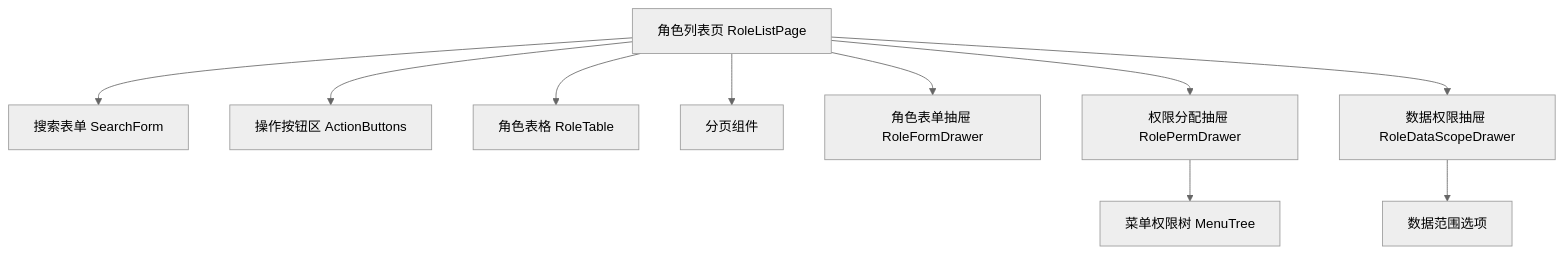
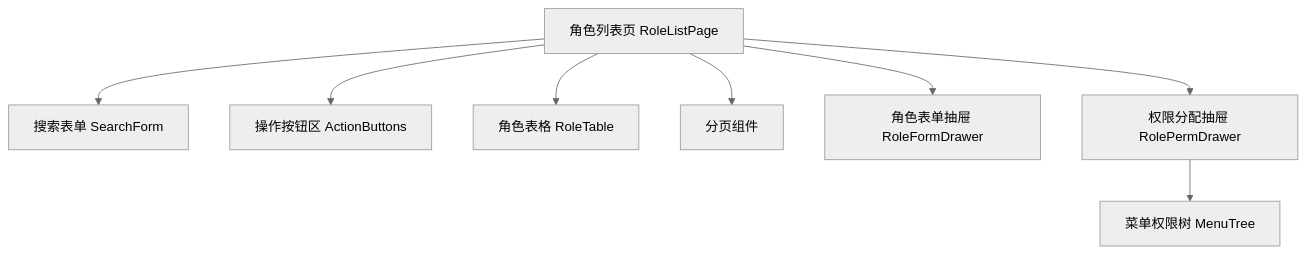
Before and after one commit to earthy-zinc/dehaze-system: the diagram in dehaze-doc/docs/03-模块设计/基础模块/角色管理/前端实现.md, drawn with Mermaid (neutral theme). The commit also changed other lines of this file and 2348 other files, not shown here.

````diff
--- a/dehaze-doc/docs/03-模块设计/基础模块/角色管理/前端实现.md
+++ b/dehaze-doc/docs/03-模块设计/基础模块/角色管理/前端实现.md
@@ -9,15 +9,13 @@
 ```mermaid
 flowchart TD
     RoleListPage[角色列表页 RoleListPage]
     RoleListPage --> SearchForm[搜索表单 SearchForm]
     RoleListPage --> ActionButtons[操作按钮区 ActionButtons]
     RoleListPage --> RoleTable[角色表格 RoleTable]
     RoleListPage --> Pagination[分页组件]
 
     RoleListPage --> RoleFormDrawer[角色表单抽屉 RoleFormDrawer]
     RoleListPage --> RolePermDrawer[权限分配抽屉 RolePermDrawer]
-    RoleListPage --> RoleDataScopeDrawer[数据权限抽屉 RoleDataScopeDrawer]
 
     RolePermDrawer --> MenuTree[菜单权限树 MenuTree]
-    RoleDataScopeDrawer --> ScopeOptions[数据范围选项]
 ```
````
